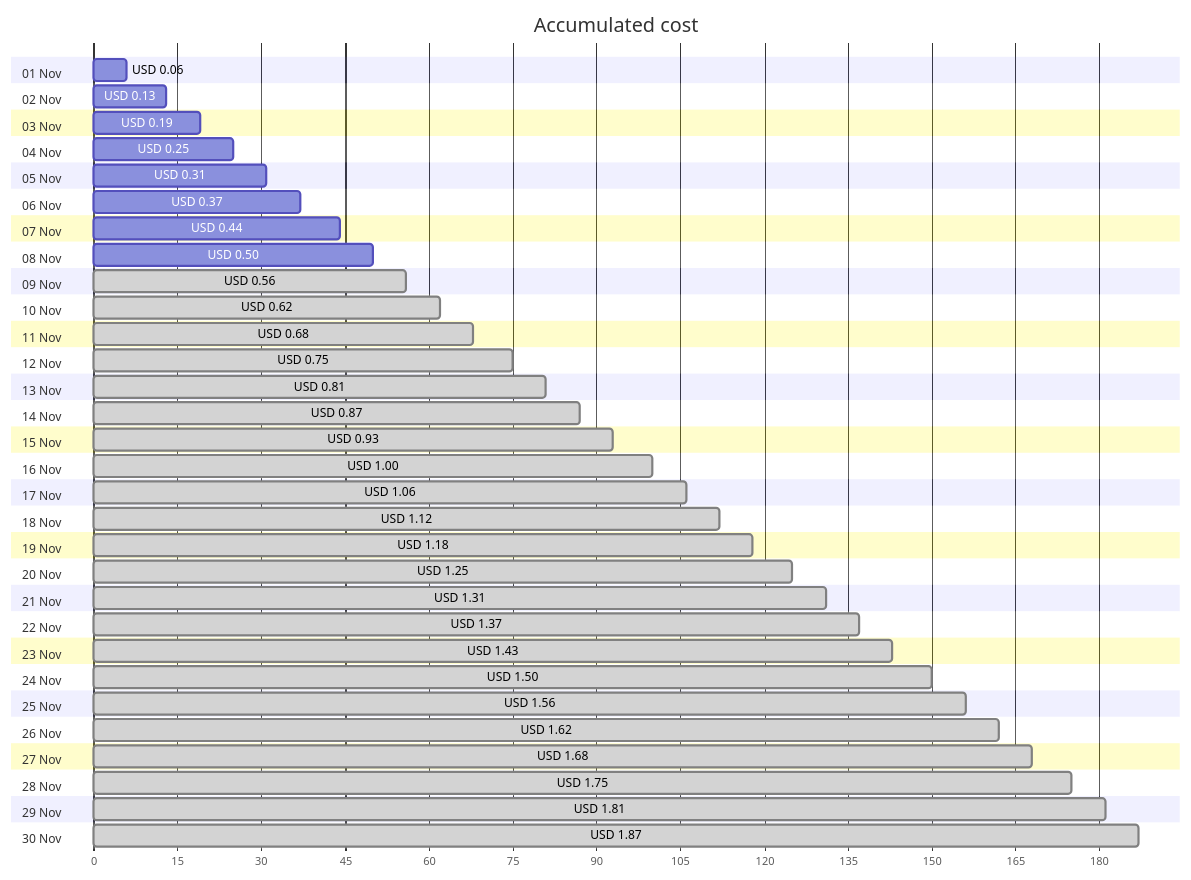
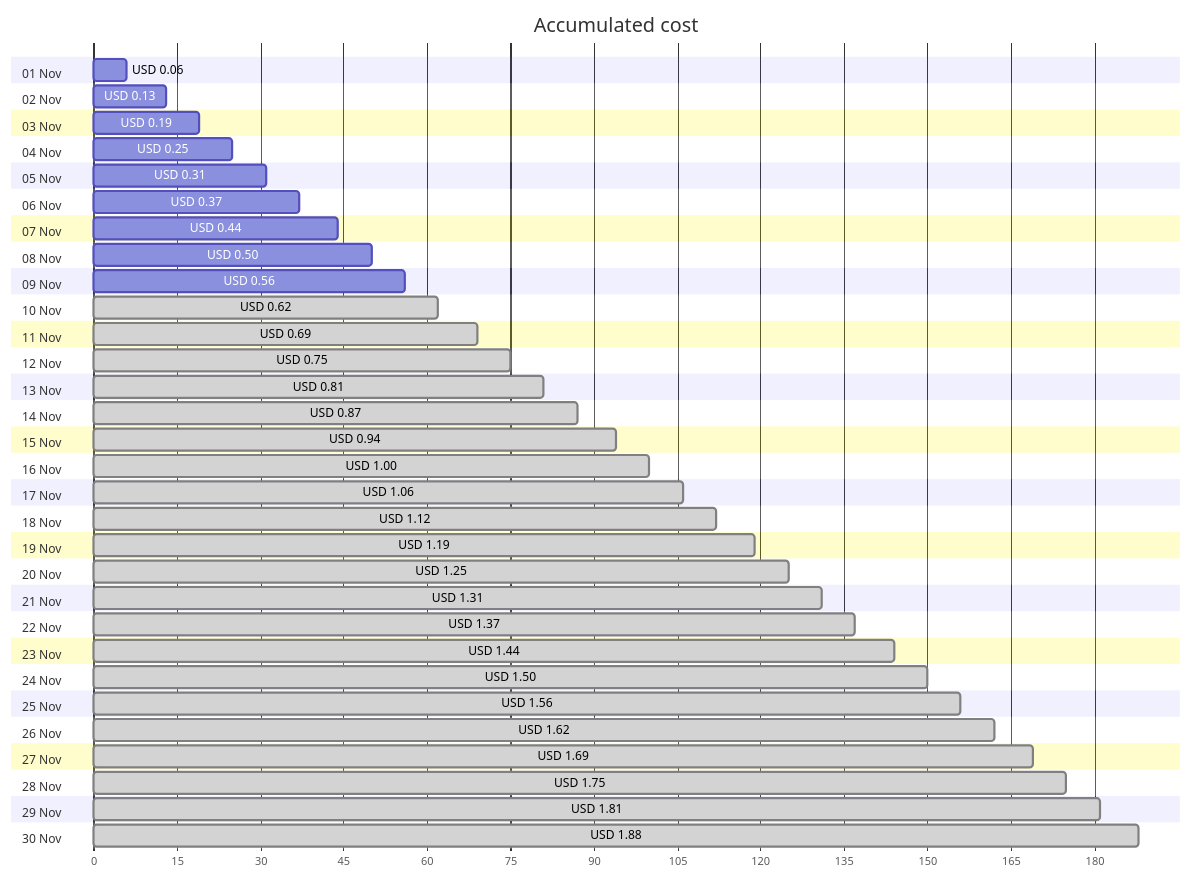
The first of 4 diagrams in cost-reports/personal-network/backup-server_OsDisk.md (jpfulton/azure-personal-reports), drawn with Mermaid before and after one commit. The commit also changed other lines of this file and 8 other files, not shown here.

````diff
--- a/cost-reports/personal-network/backup-server_OsDisk.md
+++ b/cost-reports/personal-network/backup-server_OsDisk.md
@@ -20,66 +20,66 @@
 ```mermaid
 gantt
    title Accumulated cost
    dateFormat  X
    axisFormat %s
    section 01 Nov
    USD 0.06 :0, 6
    section 02 Nov
    USD 0.13 :0, 13
    section 03 Nov
    USD 0.19 :0, 19
    section 04 Nov
    USD 0.25 :0, 25
    section 05 Nov
    USD 0.31 :0, 31
    section 06 Nov
    USD 0.37 :0, 37
    section 07 Nov
    USD 0.44 :0, 44
    section 08 Nov
    USD 0.50 :0, 50
    section 09 Nov
-   USD 0.56 : done, 0, 56
+   USD 0.56 :0, 56
    section 10 Nov
    USD 0.62 : done, 0, 62
    section 11 Nov
-   USD 0.68 : done, 0, 68
+   USD 0.69 : done, 0, 69
    section 12 Nov
    USD 0.75 : done, 0, 75
    section 13 Nov
    USD 0.81 : done, 0, 81
    section 14 Nov
    USD 0.87 : done, 0, 87
    section 15 Nov
-   USD 0.93 : done, 0, 93
+   USD 0.94 : done, 0, 94
    section 16 Nov
    USD 1.00 : done, 0, 100
    section 17 Nov
    USD 1.06 : done, 0, 106
    section 18 Nov
    USD 1.12 : done, 0, 112
    section 19 Nov
-   USD 1.18 : done, 0, 118
+   USD 1.19 : done, 0, 119
    section 20 Nov
    USD 1.25 : done, 0, 125
    section 21 Nov
    USD 1.31 : done, 0, 131
    section 22 Nov
    USD 1.37 : done, 0, 137
    section 23 Nov
-   USD 1.43 : done, 0, 143
+   USD 1.44 : done, 0, 144
    section 24 Nov
    USD 1.50 : done, 0, 150
    section 25 Nov
    USD 1.56 : done, 0, 156
    section 26 Nov
    USD 1.62 : done, 0, 162
    section 27 Nov
-   USD 1.68 : done, 0, 168
+   USD 1.69 : done, 0, 169
    section 28 Nov
    USD 1.75 : done, 0, 175
    section 29 Nov
    USD 1.81 : done, 0, 181
    section 30 Nov
-   USD 1.87 : done, 0, 187
+   USD 1.88 : done, 0, 188
 ```
````
